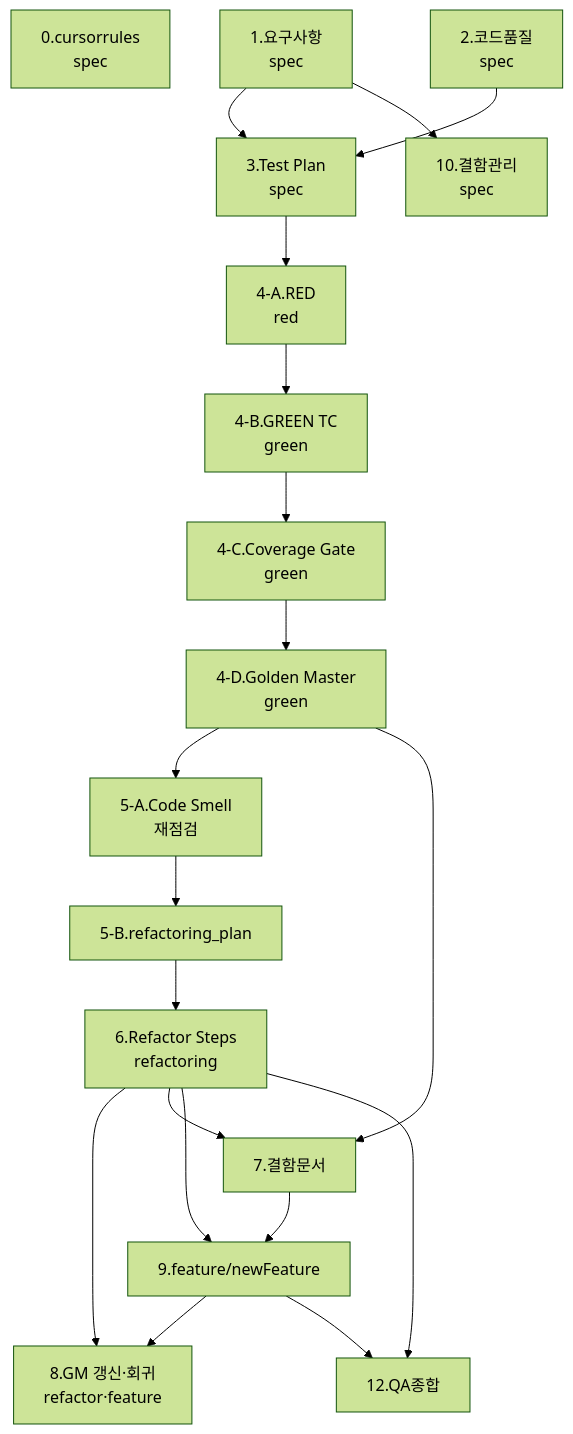
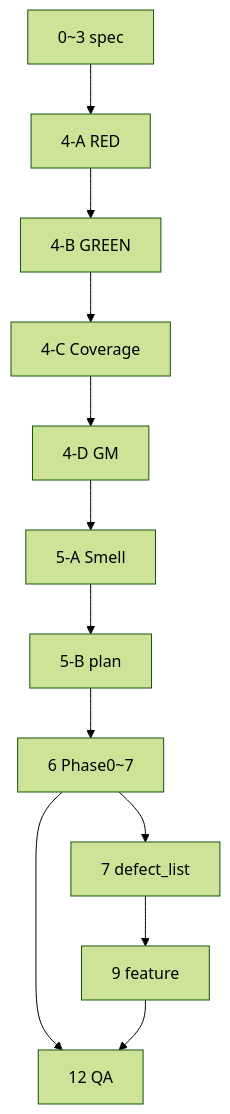
One commit to pjb5592/FeedbackAnalyzer_09 changed the second of 2 diagrams in prompt초안.md. Above: the diagram before and after it, drawn with Mermaid (forest theme). The commit also changed other lines of this file and 4 other files, not shown here.

````diff
--- a/prompt초안.md
+++ b/prompt초안.md
@@ -612,24 +285,14 @@
 ```mermaid
 flowchart TD
-    S0[0.cursorrules<br/>spec]
-    S1[1.요구사항<br/>spec]
-    S2[2.코드품질<br/>spec]
-    S1 --> S3[3.Test Plan<br/>spec]
-    S2 --> S3
-    S3 --> R[4-A.RED<br/>red]
-    R --> G[4-B.GREEN TC<br/>green]
-    G --> GC[4-C.Coverage Gate<br/>green]
-    GC --> GD[4-D.Golden Master<br/>green]
-    GD --> CS[5-A.Code Smell<br/>재점검]
-    CS --> RP[5-B.refactoring_plan]
-    RP --> RF[6.Refactor Steps<br/>refactoring]
-    RF --> GM8[8.GM 갱신·회귀<br/>refactor·feature]
-    GD --> D7[7.결함문서]
-    RF --> D7
-    RF --> F9[9.feature/newFeature]
-    F9 --> GM8
-    D7 --> F9
-    S1 --> S10[10.결함관리<br/>spec]
-    RF --> S12[12.QA종합]
+    S0[0~3 spec] --> R[4-A RED]
+    R --> G[4-B GREEN]
+    G --> GC[4-C Coverage]
+    GC --> GD[4-D GM]
+    GD --> CS[5-A Smell]
+    CS --> RP[5-B plan]
+    RP --> RF[6 Phase0~7]
+    RF --> D7[7 defect_list]
+    D7 --> F9[9 feature]
+    RF --> S12[12 QA]
     F9 --> S12
 ```
````
